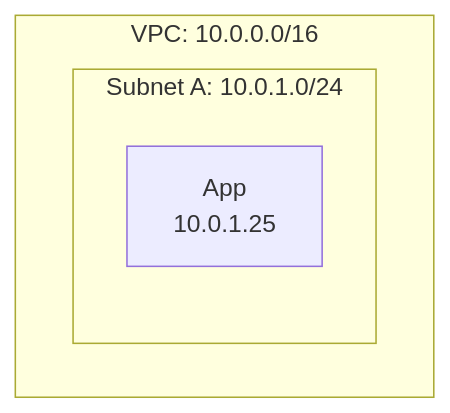
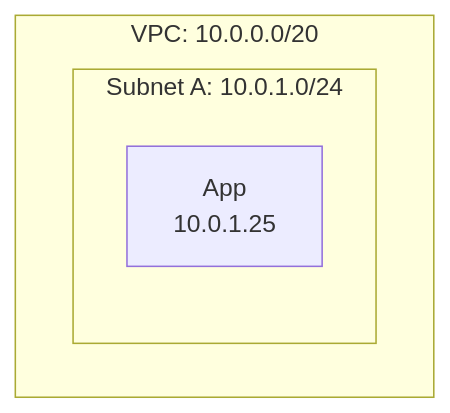
One commit to slinjhu/akashic changed the third of 9 diagrams in docs/aws/networking.md. Above: the diagram before and after it, drawn with Mermaid. The commit also changed other lines of this file, not shown here.

Commit message:
docs: use a /20 VPC to clarify CIDR bit boundaries

````diff
--- a/docs/aws/networking.md
+++ b/docs/aws/networking.md
@@ -68,8 +68,8 @@
 ```mermaid
 flowchart TB
-    subgraph vpc["VPC: 10.0.0.0/16"]
+    subgraph vpc["VPC: 10.0.0.0/20"]
         subgraph subnetA["Subnet A: 10.0.1.0/24"]
             app["App<br/>10.0.1.25"]
         end
     end
 ```
````
